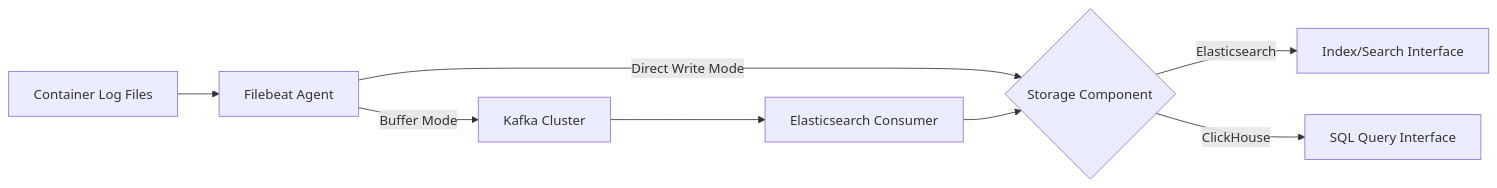
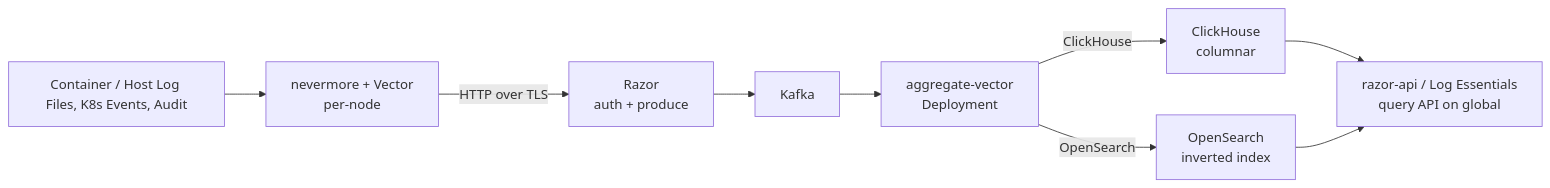
The diagram in docs/en/concept.mdx (alauda/logs-docs), drawn with Mermaid before and after one commit. The commit also changed other lines of this file and 22 other files, not shown here.

````diff
--- a/docs/en/concept.mdx
+++ b/docs/en/concept.mdx
@@ -92,10 +136,11 @@
 ```mermaid
 graph LR
-    A[Container Log Files] --> B[Filebeat Agent]
-    B -->|Direct Write Mode| C{Storage Component}
-    B -->|Buffer Mode| D[Kafka Cluster]
-    D --> E[Elasticsearch Consumer]
-    E --> C
-    C -->|Elasticsearch| F[Index/Search Interface]
-    C -->|ClickHouse| G[SQL Query Interface]
+    A[Container / Host Log Files, K8s Events, Audit] --> B[nevermore + Vector<br/>per-node]
+    B -->|HTTP over TLS| C[Razor<br/>auth + produce]
+    C --> D[Kafka]
+    D --> E[aggregate-vector<br/>Deployment]
+    E -->|ClickHouse| F[ClickHouse<br/>columnar]
+    E -->|OpenSearch| G[OpenSearch<br/>inverted index]
+    F --> H[razor-api / Log Essentials<br/>query API on global]
+    G --> H
 ```
````
